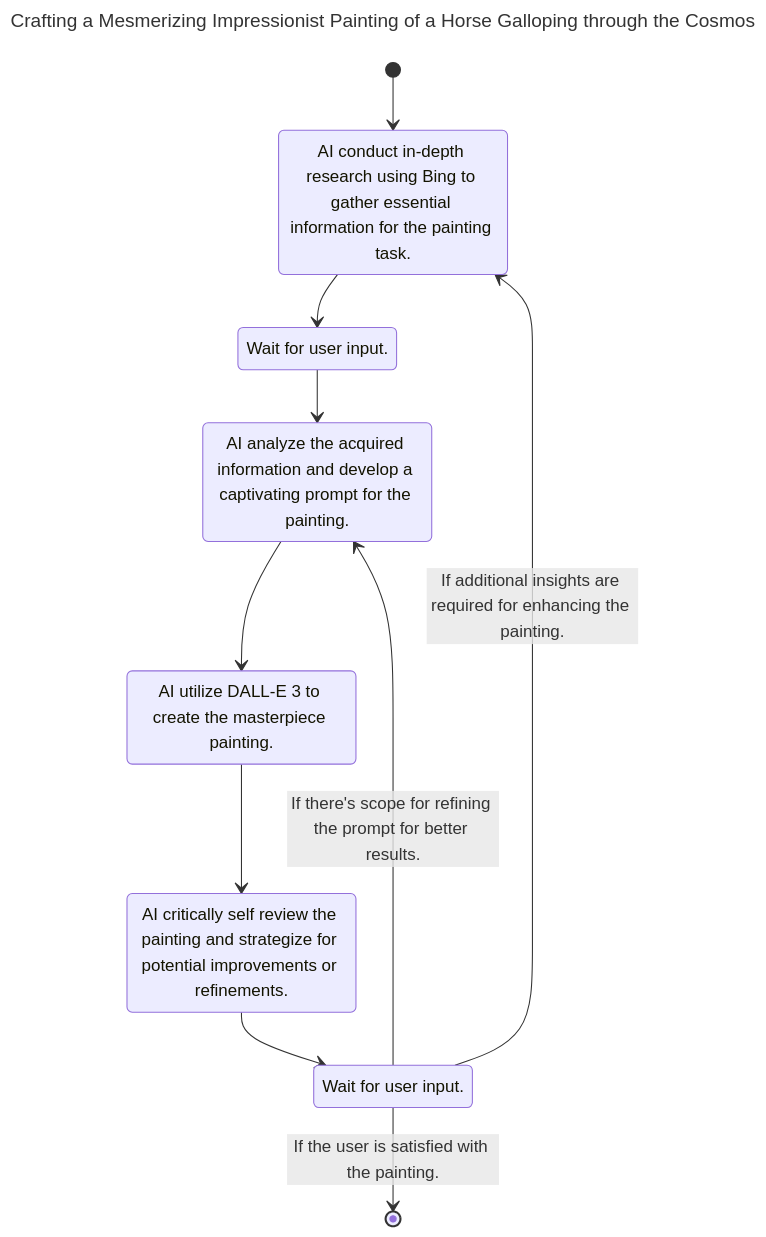
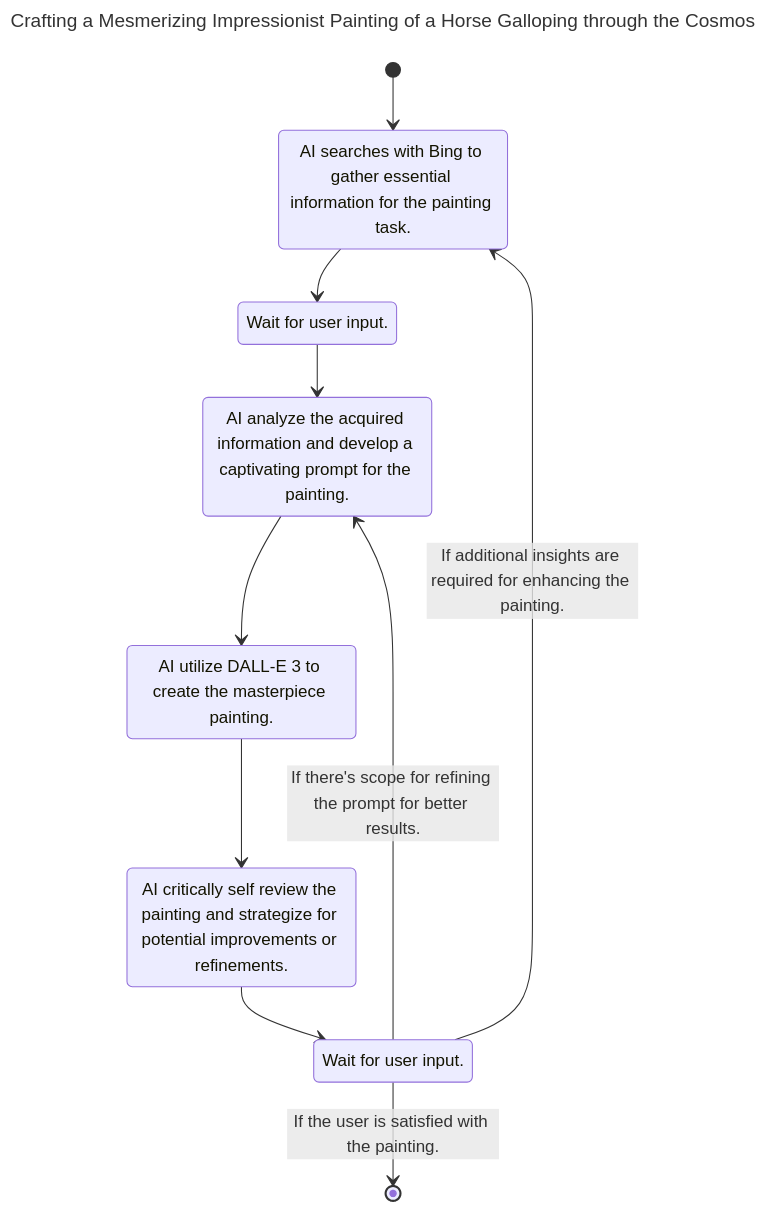
One commit to fladdict/llmermaid changed the fourth of 5 diagrams in README.md. Above: the diagram before and after it, drawn with Mermaid. The commit also changed other lines of this file, not shown here.

````diff
--- a/README.md
+++ b/README.md
@@ -130,22 +130,22 @@
 ```mermaid
 ---
 title: Crafting a Mesmerizing Impressionist Painting of a Horse Galloping through the Cosmos
 ---
 stateDiagram-v2
 [*] --> A
 A --> B
 B --> C
 C --> D
 D --> E
 E --> F
 F --> A: If additional insights are required for enhancing the painting.
 F --> C: If there's scope for refining the prompt for better results.
 F --> [*]: If the user is satisfied with the painting.
 
-A: AI conduct in-depth research using Bing to gather essential information for the painting task.
+A: AI searches with Bing to gather essential information for the painting task.
 B: Wait for user input.
 C: AI analyze the acquired information and develop a captivating prompt for the painting.
 D: AI utilize DALL-E 3 to create the masterpiece painting.
 E: AI critically self review the painting and strategize for potential improvements or refinements.
 F: Wait for user input.
 ```
````
